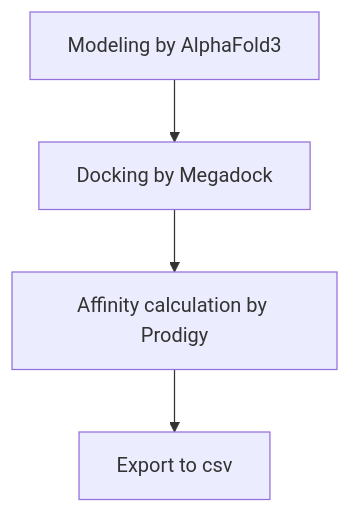
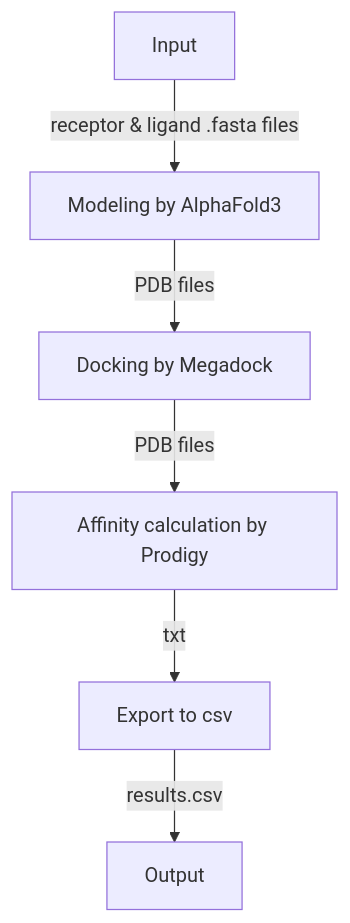
Before and after one commit to pipipyau/protein-pipeline: the diagram in README.md, drawn with Mermaid.

Commit message:
Update graph

````diff
--- a/README.md
+++ b/README.md
@@ -33,6 +33,8 @@
 ```mermaid
 graph TD
-    A[Modeling by AlphaFold3] --> B[Docking by Megadock]
-    B --> C[Affinity calculation by Prodigy]
-    C --> D[Export to csv]
+    Start[Input] -->|receptor & ligand .fasta files| A[Modeling by AlphaFold3]
+    A -->|PDB files| B[Docking by Megadock]
+    B -->|PDB files| C[Affinity calculation by Prodigy]
+    C -->|txt| D[Export to csv]
+    D -->|results.csv| End[Output]
 ```
````
